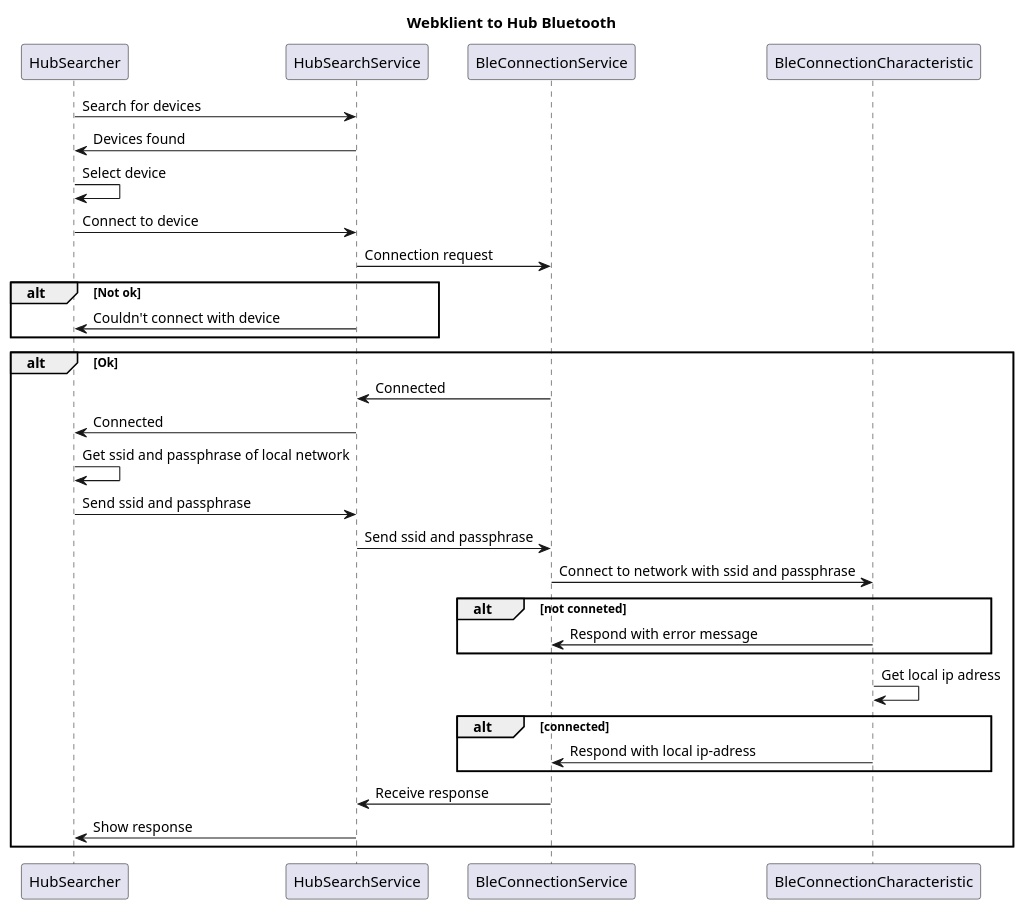
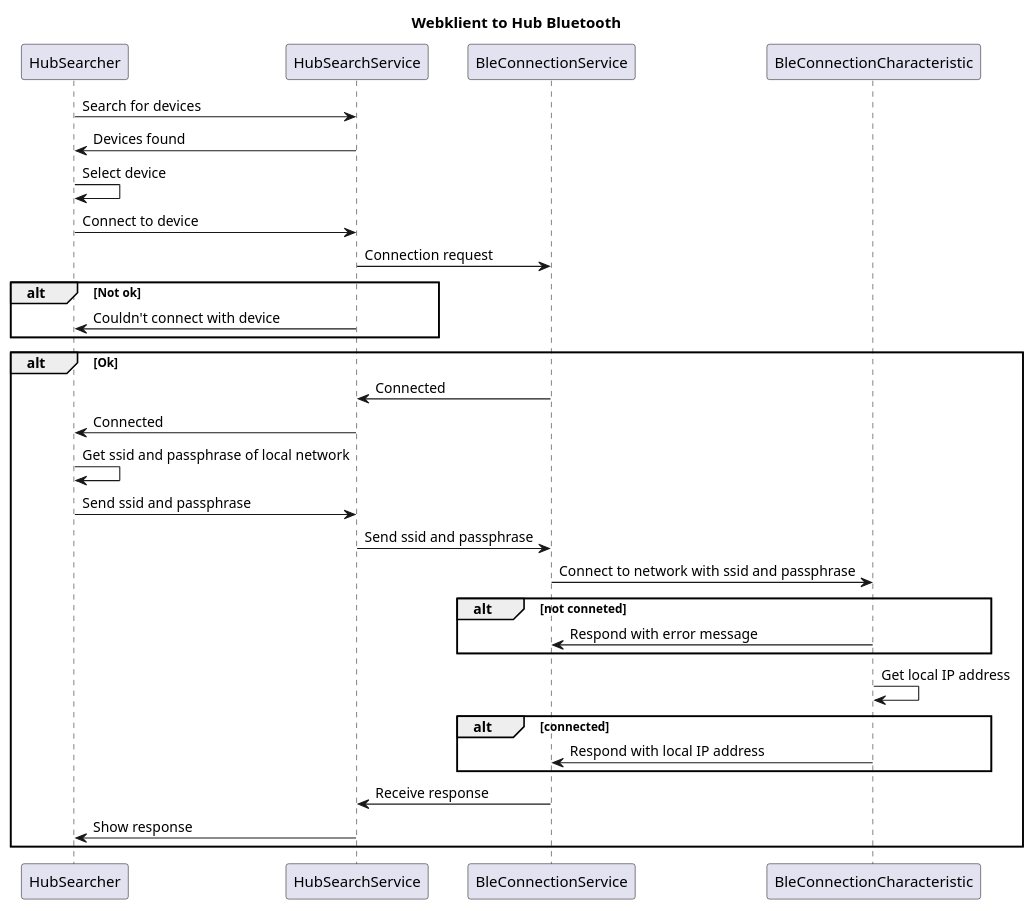
The diagram in docs/SSD diagrams/WebKlientToHubBluetooth.plantuml (Casp7654/XPower), drawn with PlantUML before and after one commit. The commit also changed 1 other file, not shown here.

Commit message:
updated the ip adress

```diff
--- a/docs/SSD diagrams/WebKlientToHubBluetooth.plantuml
+++ b/docs/SSD diagrams/WebKlientToHubBluetooth.plantuml
@@ -1,45 +1,45 @@
 @startuml Hub SSD diagrams
 title Webklient to Hub Bluetooth
 
 participant HubSearcher
 participant HubSearchService
 participant BleConnectionService
 participant BleConnectionCharacteristic
 
 
 HubSearcher->HubSearchService: Search for devices
 HubSearchService->HubSearcher: Devices found
 HubSearcher->HubSearcher: Select device
 HubSearcher->HubSearchService: Connect to device
 HubSearchService->BleConnectionService: Connection request
 
 alt Not ok
 HubSearchService->HubSearcher: Couldn't connect with device
 end 
 
 alt Ok
 BleConnectionService->HubSearchService: Connected
 HubSearchService->HubSearcher: Connected
 HubSearcher->HubSearcher: Get ssid and passphrase of local network
 HubSearcher->HubSearchService: Send ssid and passphrase
 HubSearchService->BleConnectionService: Send ssid and passphrase
 BleConnectionService->BleConnectionCharacteristic:Connect to network with ssid and passphrase
 
 alt not conneted
 BleConnectionCharacteristic->BleConnectionService:  Respond with error message  
 end
 
 
-BleConnectionCharacteristic->BleConnectionCharacteristic: Get local ip adress
+BleConnectionCharacteristic->BleConnectionCharacteristic: Get local IP address
 alt connected
-BleConnectionCharacteristic->BleConnectionService: Respond with local ip-adress
+BleConnectionCharacteristic->BleConnectionService: Respond with local IP address
 end
 
 BleConnectionService->HubSearchService: Receive response
 HubSearchService->HubSearcher: Show response
 
 end 
 
 
 
 @enduml
```
